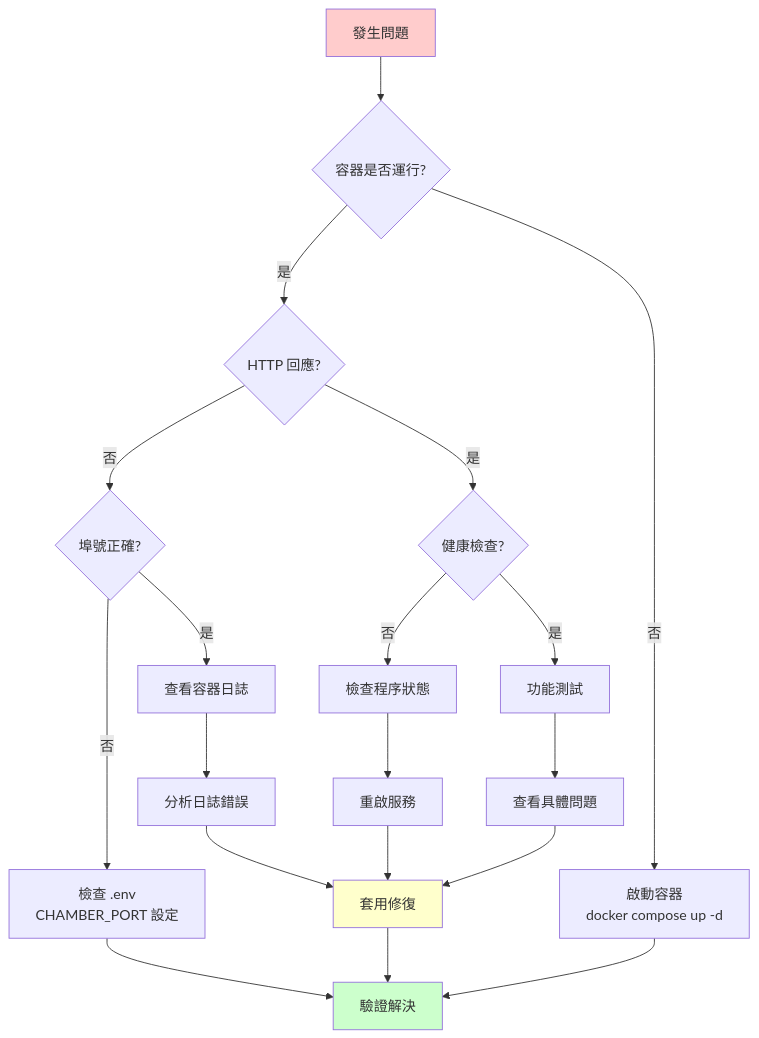
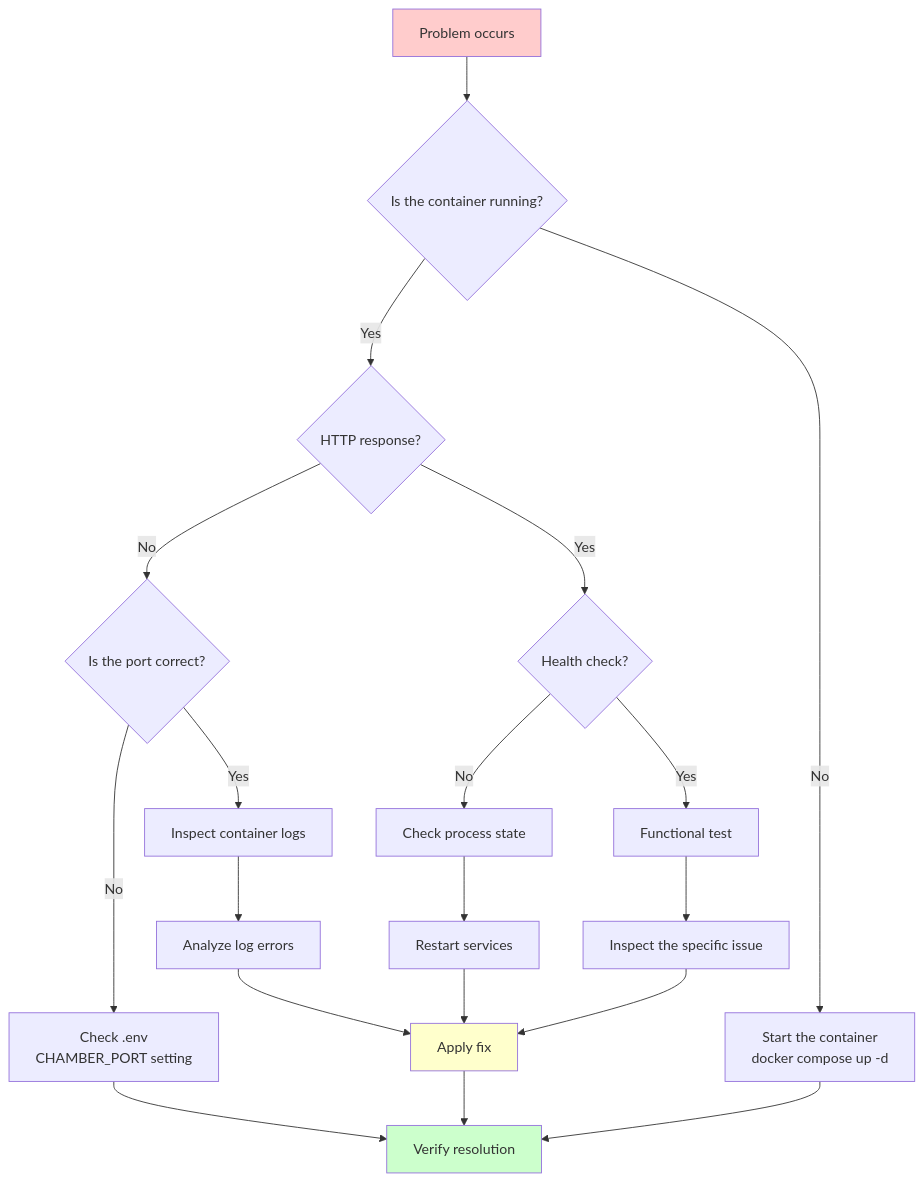
Before and after one commit to tryweb/ai-engkit: the first of 9 diagrams in docs/TROUBLESHOOTING.md, drawn with Mermaid. The commit also changed other lines of this file and 14 other files, not shown here.

````diff
--- a/docs/TROUBLESHOOTING.md
+++ b/docs/TROUBLESHOOTING.md
@@ -18,32 +18,32 @@
 ```mermaid
 flowchart TD
-    START["發生問題"] --> CHECK{"容器是否運行?"}
-    
-    CHECK -->|"否"| START_DOCK["啟動容器<br/>docker compose up -d"]
-    CHECK -->|"是"| CHECK_HTTP{"HTTP 回應?"}
-    
-    CHECK_HTTP -->|"否"| CHECK_PORT{"埠號正確?"}
-    CHECK_HTTP -->|"是"| CHECK_HEALTH{"健康檢查?"}
-    
-    CHECK_PORT -->|"否"| FIX_PORT["檢查 .env<br/>CHAMBER_PORT 設定"]
-    CHECK_PORT -->|"是"| CHECK_LOGS_D["查看容器日誌"]
-    
-    CHECK_HEALTH -->|"否"| CHECK_PROCESS["檢查程序狀態"]
-    CHECK_HEALTH -->|"是"| CHECK_FUNC["功能測試"]
-    
-    FIX_PORT --> VERIFY["驗證解決"]
-    CHECK_LOGS_D --> ANALYZE["分析日誌錯誤"]
-    CHECK_PROCESS --> RESTART["重啟服務"]
-    CHECK_FUNC --> SPECIFIC["查看具體問題"]
-    
-    ANALYZE --> FIX["套用修復"]
+    START["Problem occurs"] --> CHECK{"Is the container running?"}
+
+    CHECK -->|"No"| START_DOCK["Start the container<br/>docker compose up -d"]
+    CHECK -->|"Yes"| CHECK_HTTP{"HTTP response?"}
+
+    CHECK_HTTP -->|"No"| CHECK_PORT{"Is the port correct?"}
+    CHECK_HTTP -->|"Yes"| CHECK_HEALTH{"Health check?"}
+
+    CHECK_PORT -->|"No"| FIX_PORT["Check .env<br/>CHAMBER_PORT setting"]
+    CHECK_PORT -->|"Yes"| CHECK_LOGS_D["Inspect container logs"]
+
+    CHECK_HEALTH -->|"No"| CHECK_PROCESS["Check process state"]
+    CHECK_HEALTH -->|"Yes"| CHECK_FUNC["Functional test"]
+
+    FIX_PORT --> VERIFY["Verify resolution"]
+    CHECK_LOGS_D --> ANALYZE["Analyze log errors"]
+    CHECK_PROCESS --> RESTART["Restart services"]
+    CHECK_FUNC --> SPECIFIC["Inspect the specific issue"]
+
+    ANALYZE --> FIX["Apply fix"]
     RESTART --> FIX
     SPECIFIC --> FIX
     FIX --> VERIFY
-    
+
     START_DOCK --> VERIFY
 
     style START fill:#ffcccc
     style VERIFY fill:#ccffcc
     style FIX fill:#ffffcc
 ```
````
